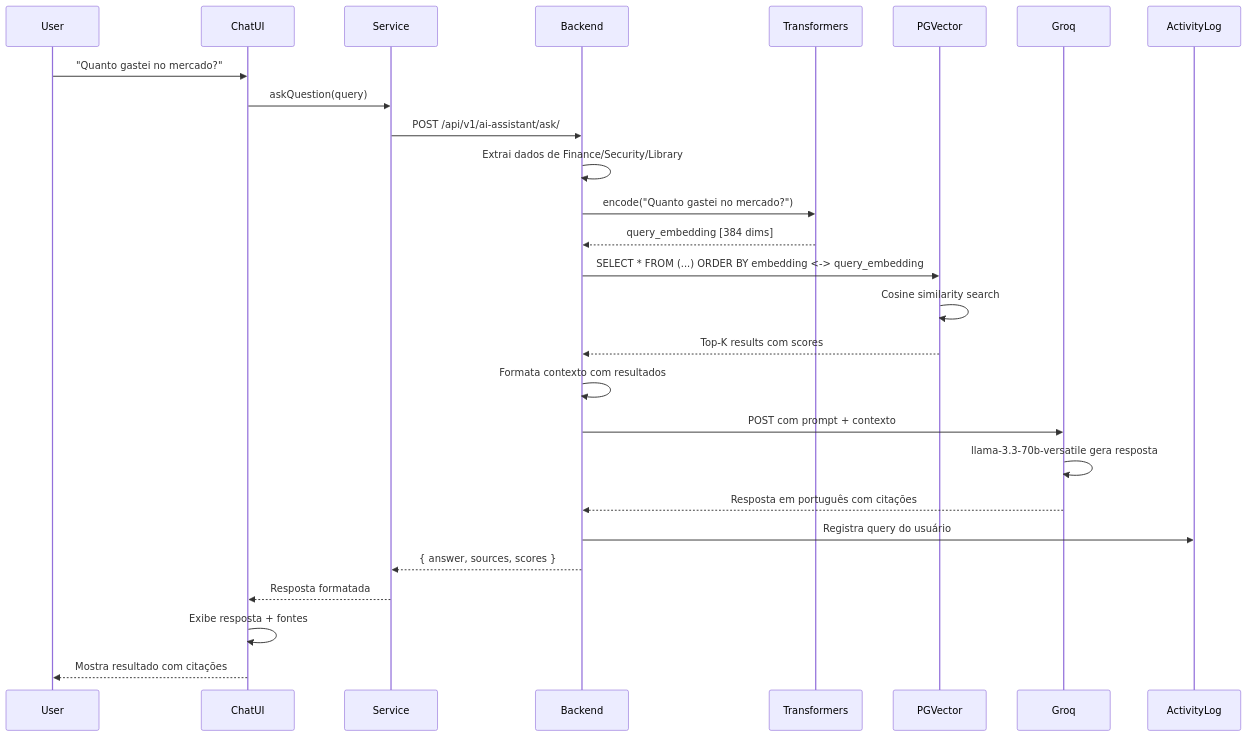
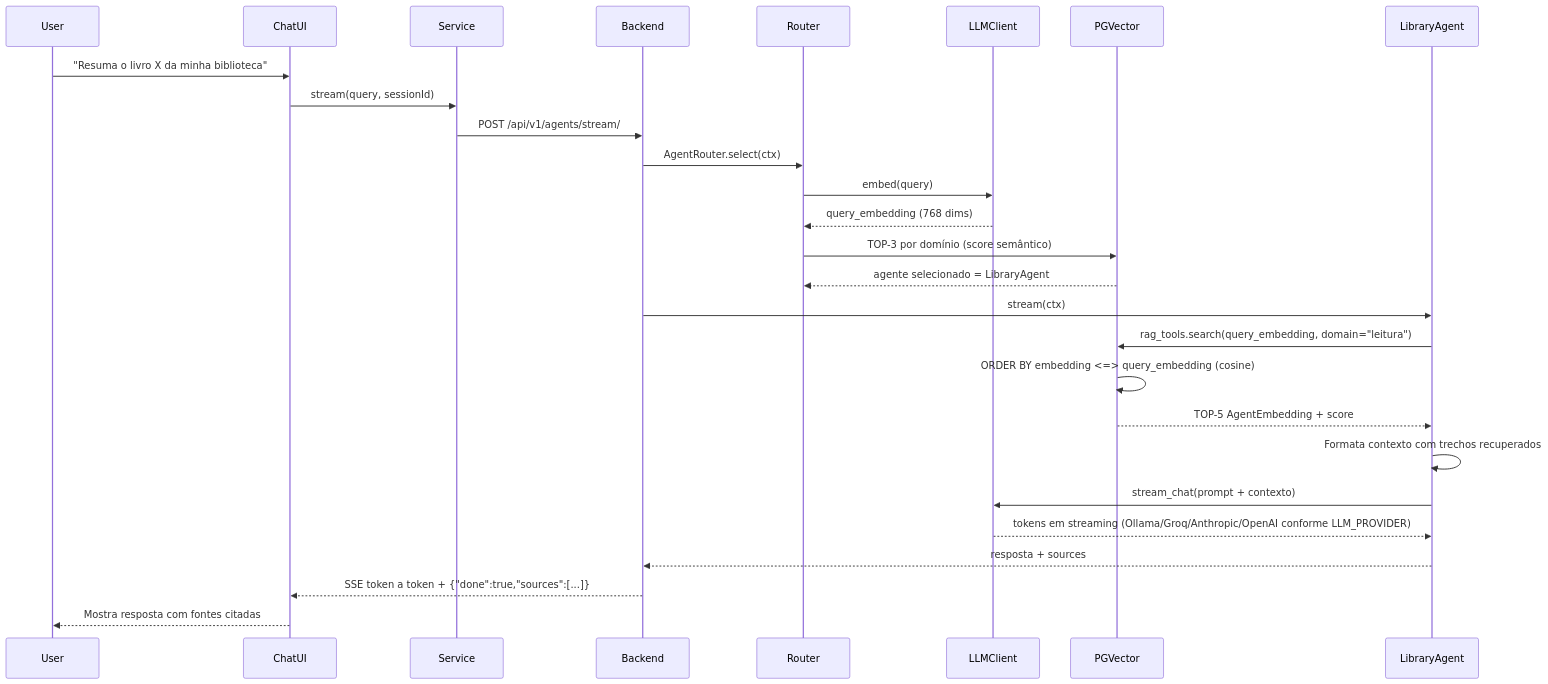
One commit to tarcisioribeiro/Axiom changed the tenth of 13 diagrams in documentation/architecture/data_flow.md. Above: the diagram before and after it, drawn with Mermaid. The commit also changed other lines of this file and 5 other files, not shown here.

Commit message:
docs: updated diagrams

````diff
--- a/documentation/architecture/data_flow.md
+++ b/documentation/architecture/data_flow.md
@@ -534,34 +499,33 @@
 ```mermaid
 sequenceDiagram
     participant User
     participant ChatUI
     participant Service
     participant Backend
-    participant Transformers
+    participant Router
+    participant LLMClient
     participant PGVector
-    participant Groq
-    participant ActivityLog
+    participant LibraryAgent
 
-    User->>ChatUI: "Quanto gastei no mercado?"
-    ChatUI->>Service: askQuestion(query)
-    Service->>Backend: POST /api/v1/ai-assistant/ask/
+    User->>ChatUI: "Resuma o livro X da minha biblioteca"
+    ChatUI->>Service: stream(query, sessionId)
+    Service->>Backend: POST /api/v1/agents/stream/
 
-    Backend->>Backend: Extrai dados de Finance/Security/Library
-    Backend->>Transformers: encode("Quanto gastei no mercado?")
-    Transformers-->>Backend: query_embedding [384 dims]
+    Backend->>Router: AgentRouter.select(ctx)
+    Router->>LLMClient: embed(query)
+    LLMClient-->>Router: query_embedding (768 dims)
+    Router->>PGVector: TOP-3 por domínio (score semântico)
+    PGVector-->>Router: agente selecionado = LibraryAgent
 
-    Backend->>PGVector: SELECT * FROM (...) ORDER BY embedding <-> query_embedding
-    PGVector->>PGVector: Cosine similarity search
-    PGVector-->>Backend: Top-K results com scores
+    Backend->>LibraryAgent: stream(ctx)
+    LibraryAgent->>PGVector: rag_tools.search(query_embedding, domain="leitura")
+    PGVector->>PGVector: ORDER BY embedding <=> query_embedding (cosine)
+    PGVector-->>LibraryAgent: TOP-5 AgentEmbedding + score
 
-    Backend->>Backend: Formata contexto com resultados
-    Backend->>Groq: POST com prompt + contexto
-    Groq->>Groq: llama-3.3-70b-versatile gera resposta
-    Groq-->>Backend: Resposta em português com citações
-
-    Backend->>ActivityLog: Registra query do usuário
-    Backend-->>Service: { answer, sources, scores }
-    Service-->>ChatUI: Resposta formatada
-    ChatUI->>ChatUI: Exibe resposta + fontes
-    ChatUI-->>User: Mostra resultado com citações
+    LibraryAgent->>LibraryAgent: Formata contexto com trechos recuperados
+    LibraryAgent->>LLMClient: stream_chat(prompt + contexto)
+    LLMClient-->>LibraryAgent: tokens em streaming (Ollama/Groq/Anthropic/OpenAI conforme LLM_PROVIDER)
+    LibraryAgent-->>Backend: resposta + sources
+    Backend-->>ChatUI: SSE token a token + {"done":true,"sources":[...]}
+    ChatUI-->>User: Mostra resposta com fontes citadas
 ```
````
